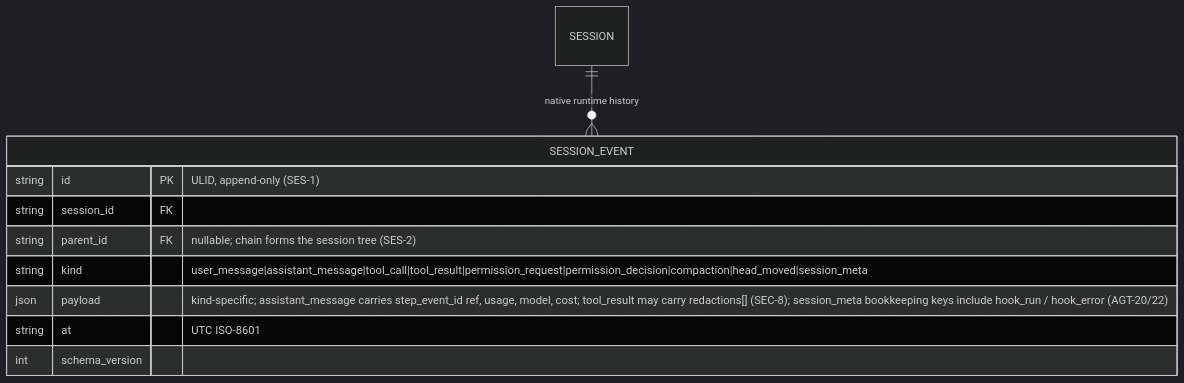
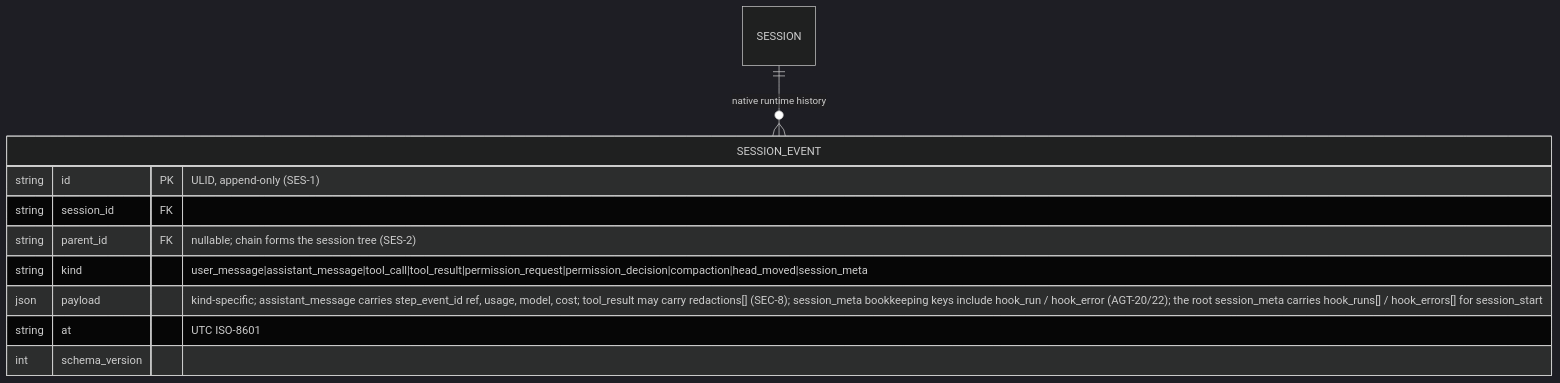
Before and after one commit to BrendanShields/obligato: the fourth of 7 diagrams in docs/specs/2026-07-02-agent-harness-erd.md, drawn with Mermaid (dark theme). The commit also changed 9 other files, not shown here.

First line of the commit message:
fix(agent): PERM-2×PERM-6 always-allow persists an arg-literal rule on guard asks; AGT-20/22 wording + spawn_error arm; SEC-8 hook-stdin pin

````diff
--- a/docs/specs/2026-07-02-agent-harness-erd.md
+++ b/docs/specs/2026-07-02-agent-harness-erd.md
@@ -295,14 +295,14 @@
 ```mermaid
 erDiagram
     SESSION ||--o{ SESSION_EVENT : "native runtime history"
 
     SESSION_EVENT {
         string id PK "ULID, append-only (SES-1)"
         string session_id FK
         string parent_id FK "nullable; chain forms the session tree (SES-2)"
         string kind "user_message|assistant_message|tool_call|tool_result|permission_request|permission_decision|compaction|head_moved|session_meta"
-        json payload "kind-specific; assistant_message carries step_event_id ref, usage, model, cost; tool_result may carry redactions[] (SEC-8); session_meta bookkeeping keys include hook_run / hook_error (AGT-20/22)"
+        json payload "kind-specific; assistant_message carries step_event_id ref, usage, model, cost; tool_result may carry redactions[] (SEC-8); session_meta bookkeeping keys include hook_run / hook_error (AGT-20/22); the root session_meta carries hook_runs[] / hook_errors[] for session_start"
         string at "UTC ISO-8601"
         int schema_version
     }
 ```
````
